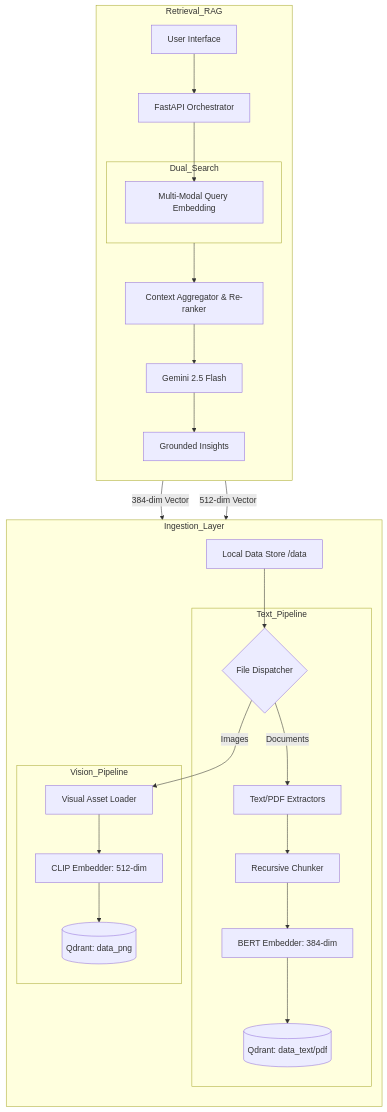
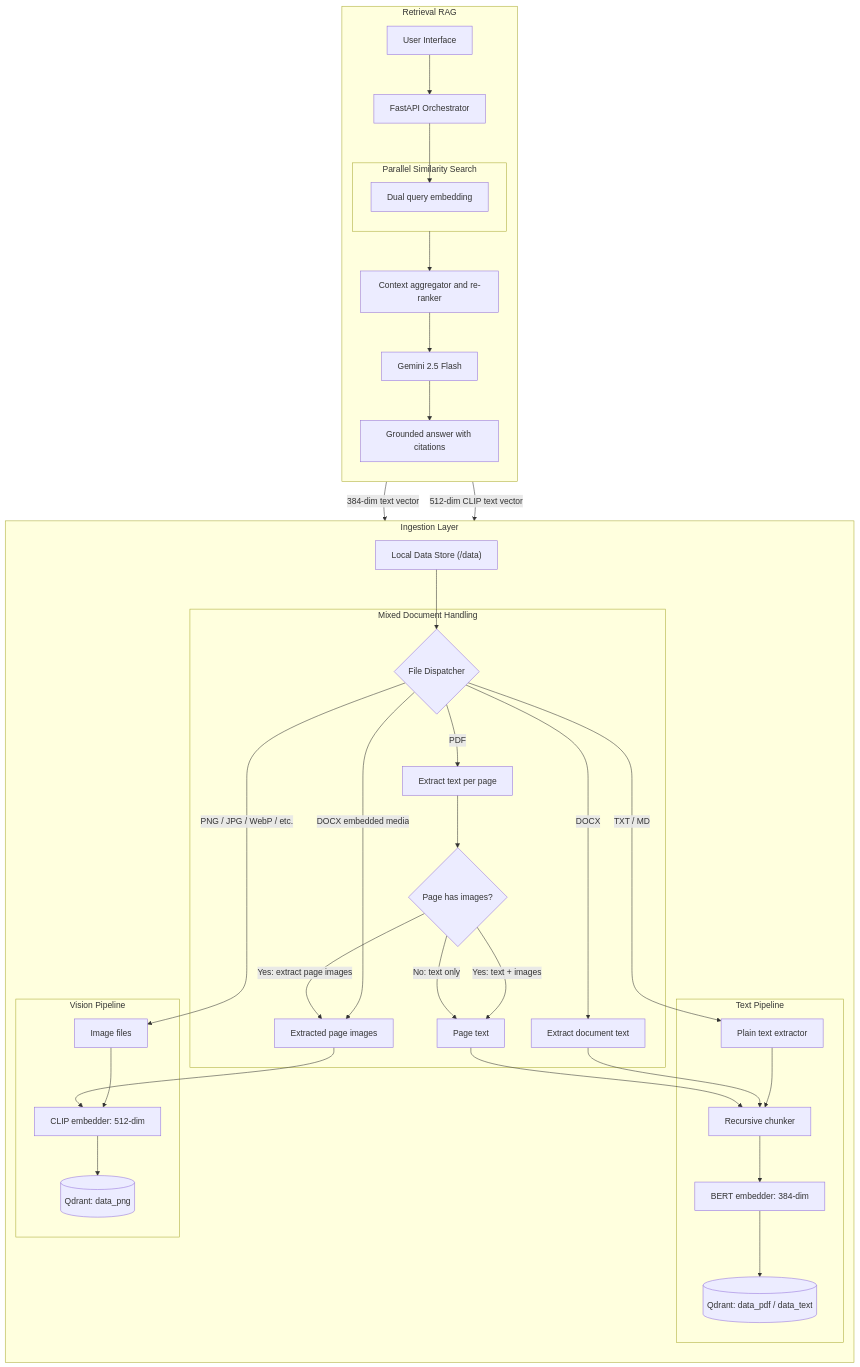
One commit to gulkhan92/Multimodal_RAG_Chatbot_-with_EmbedAnything changed the diagram in README.md. Above: the diagram before and after it, drawn with Mermaid. The commit also changed other lines of this file and 4 other files, not shown here.

Commit message:
Updated data ingestion

````diff
--- a/README.md
+++ b/README.md
@@ -14,35 +15,48 @@
 ```mermaid
 graph TD
-    subgraph Ingestion_Layer
+    subgraph Ingestion["Ingestion Layer"]
         direction TB
-        Data[Local Data Store /data] --> Dispatcher{File Dispatcher}
+        Data["Local Data Store (/data)"] --> Dispatcher{"File Dispatcher"}
         
-        subgraph Text_Pipeline
-            Dispatcher -- Documents --> T_Ext[Text/PDF Extractors]
-            T_Ext --> T_Chunk[Recursive Chunker]
-            T_Chunk --> T_Embed[BERT Embedder: 384-dim]
-            T_Embed --> V_Text[(Qdrant: data_text/pdf)]
+        subgraph MixedDocs["Mixed Document Handling"]
+            Dispatcher -- "PDF" --> PDFPages["Extract text per page"]
+            PDFPages --> PageCheck{"Page has images?"}
+            PageCheck -- "No: text only" --> PDFText["Page text"]
+            PageCheck -- "Yes: text + images" --> PDFText
+            PageCheck -- "Yes: extract page images" --> EmbeddedImages["Extracted page images"]
+            Dispatcher -- "DOCX" --> DocxText["Extract document text"]
+            Dispatcher -- "DOCX embedded media" --> EmbeddedImages
         end
         
-        subgraph Vision_Pipeline
-            Dispatcher -- Images --> V_Load[Visual Asset Loader]
-            V_Load --> V_Embed[CLIP Embedder: 512-dim]
-            V_Embed --> V_Img[(Qdrant: data_png)]
+        subgraph TextPipeline["Text Pipeline"]
+            Dispatcher -- "TXT / MD" --> PlainText["Plain text extractor"]
+            PDFText --> Chunker["Recursive chunker"]
+            DocxText --> Chunker
+            PlainText --> Chunker
+            Chunker --> TextEmbed["BERT embedder: 384-dim"]
+            TextEmbed --> TextDB[("Qdrant: data_pdf / data_text")]
+        end
+
+        subgraph VisionPipeline["Vision Pipeline"]
+            Dispatcher -- "PNG / JPG / WebP / etc." --> ImageFiles["Image files"]
+            EmbeddedImages --> ImageEmbed["CLIP embedder: 512-dim"]
+            ImageFiles --> ImageEmbed
+            ImageEmbed --> ImageDB[("Qdrant: data_png")]
         end
     end
 
-    subgraph Retrieval_RAG
+    subgraph Retrieval["Retrieval RAG"]
         direction TB
-        UI[User Interface] --> API[FastAPI Orchestrator]
-        API --> Query_Proc[Multi-Modal Query Embedding]
+        UI["User Interface"] --> API["FastAPI Orchestrator"]
+        API --> QueryEmbed["Dual query embedding"]
         
-        subgraph Dual_Search
-            Query_Proc -- 384-dim Vector --> V_Text
-            Query_Proc -- 512-dim Vector --> V_Img
+        subgraph Search["Parallel Similarity Search"]
+            QueryEmbed -- "384-dim text vector" --> TextDB
+            QueryEmbed -- "512-dim CLIP text vector" --> ImageDB
         end
         
-        Dual_Search --> Aggregator[Context Aggregator & Re-ranker]
-        Aggregator --> Gemini[Gemini 2.5 Flash]
-        Gemini --> Response[Grounded Insights]
+        Search --> Aggregator["Context aggregator and re-ranker"]
+        Aggregator --> Gemini["Gemini 2.5 Flash"]
+        Gemini --> Response["Grounded answer with citations"]
     end
 ```
````
